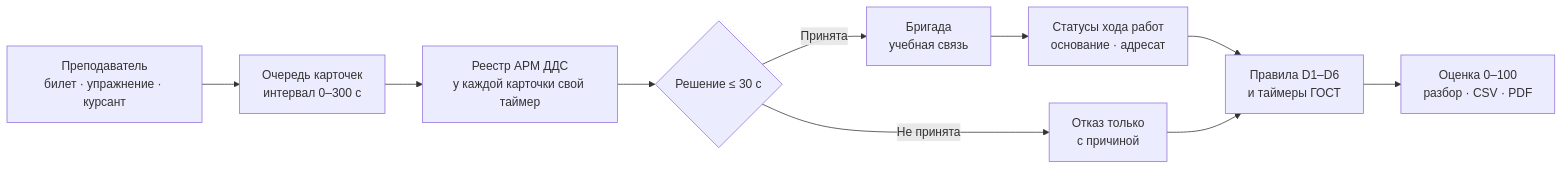
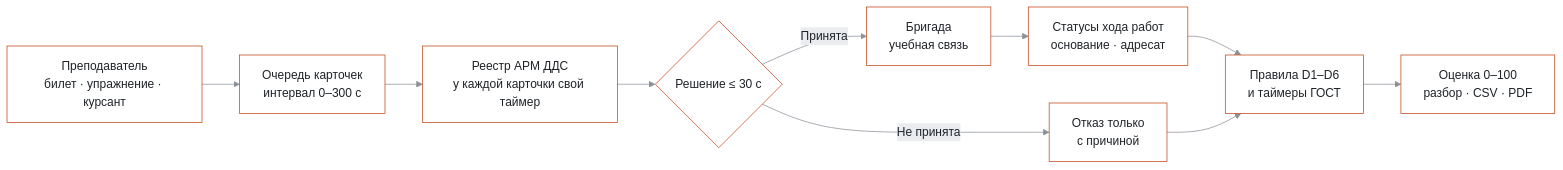
The diagram in README.md (GoatWhistle/lct), drawn with Mermaid before and after one commit. The commit also changed other lines of this file and 99 other files, not shown here.

````diff
--- a/README.md
+++ b/README.md
@@ -102,12 +85,13 @@
 ```mermaid
+%%{init: {"theme":"base","themeVariables":{"primaryColor":"#ffffff","primaryTextColor":"#1f2328","primaryBorderColor":"#c4471a","secondaryColor":"#eaecef","tertiaryColor":"#f2f3f5","lineColor":"#8b9198","textColor":"#1f2328","noteBkgColor":"#eaecef","noteTextColor":"#4f565e","actorBkg":"#ffffff","actorBorder":"#c4471a","fontFamily":"Inter"}}}%%
 flowchart LR
     I["Преподаватель<br/>билет · упражнение · курсант"] --> Q["Очередь карточек<br/>интервал 0–300 с"]
     Q --> R["Реестр АРМ ДДС<br/>у каждой карточки свой таймер"]
     R --> D{"Решение ≤ 30 с"}
     D -- "Принята" --> B["Бригада<br/>учебная связь"]
     D -- "Не принята" --> W["Отказ только<br/>с причиной"]
     B --> S["Статусы хода работ<br/>основание · адресат"]
     S --> E["Правила D1–D6<br/>и таймеры ГОСТ"]
     W --> E
     E --> O["Оценка 0–100<br/>разбор · CSV · PDF"]
 ```
````
